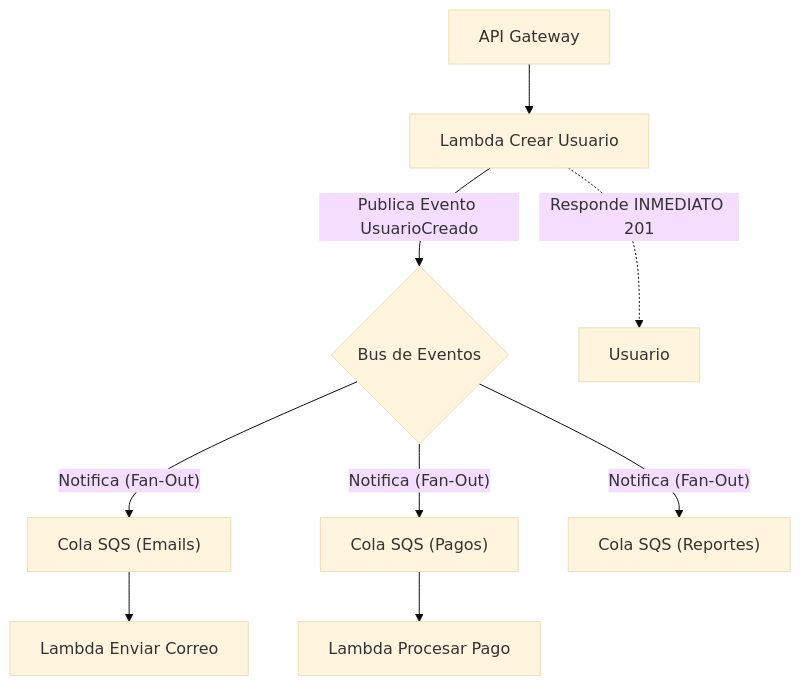
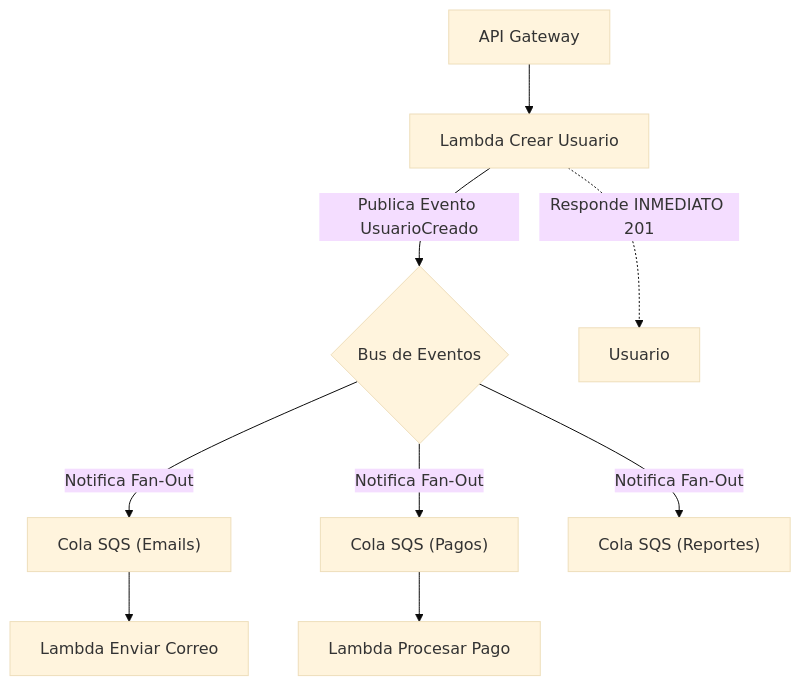
One commit to gjpierp/nmergeia changed the diagram in public/docs/zh/ext_aws_experto.md. Above: the diagram before and after it, drawn with Mermaid (base theme). The commit also changed 88 other files, not shown here.

Commit message:
fix(mermaid & headings): estandarizar títulos removiendo Resumen Ejecutivo de encabezados H2 y corregir sintaxis de paréntesis en conectores de enlace de 55 diagramas Mermaid en los 7 idiomas

````diff
--- a/public/docs/zh/ext_aws_experto.md
+++ b/public/docs/zh/ext_aws_experto.md
@@ -11,11 +11,11 @@
 ```mermaid
 flowchart TD
 API["API Gateway"] --> LambdaAuth["Lambda Crear Usuario"]
 LambdaAuth -->|Publica Evento UsuarioCreado| Broker{Bus de Eventos}
 LambdaAuth -.->|Responde INMEDIATO 201| Usuario
-Broker -->|"Notifica (Fan-Out)"| Queue1["Cola SQS (Emails)"]
-Broker -->|"Notifica (Fan-Out)"| Queue2["Cola SQS (Pagos)"]
-Broker -->|"Notifica (Fan-Out)"| Queue3["Cola SQS (Reportes)"]
+Broker -->|"Notifica Fan-Out "| Queue1["Cola SQS (Emails)"]
+Broker -->|"Notifica Fan-Out "| Queue2["Cola SQS (Pagos)"]
+Broker -->|"Notifica Fan-Out "| Queue3["Cola SQS (Reportes)"]
 Queue1 --> LambdaEmail["Lambda Enviar Correo"]
 Queue2 --> LambdaPago["Lambda Procesar Pago"]
 ```
````
